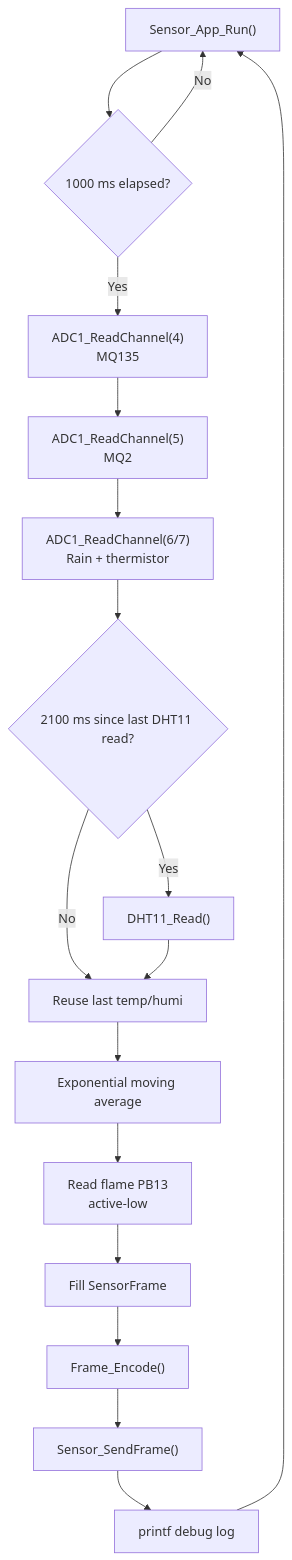
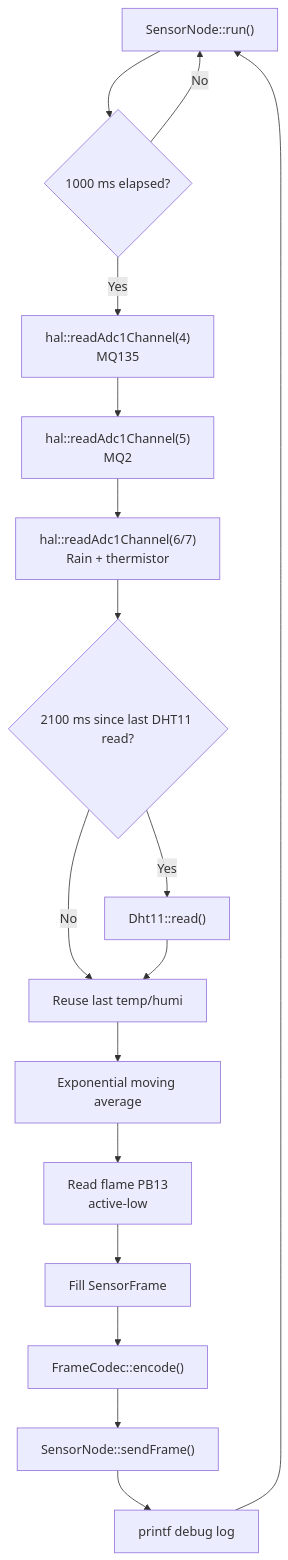
The fourth of 13 diagrams in docs/FUNCTION_DESIGN_WALKTHROUGH.en.md (Cusnd/dual-stm32-safety-monitor), drawn with Mermaid before and after one commit. The commit also changed other lines of this file and 78 other files, not shown here.

````diff
--- a/docs/FUNCTION_DESIGN_WALKTHROUGH.en.md
+++ b/docs/FUNCTION_DESIGN_WALKTHROUGH.en.md
@@ -95,19 +95,19 @@
 ```mermaid
 flowchart TD
-  L["Sensor_App_Run()"] --> T{"1000 ms elapsed?"}
+  L["SensorNode::run()"] --> T{"1000 ms elapsed?"}
   T -->|"No"| L
-  T -->|"Yes"| A["ADC1_ReadChannel(4)\nMQ135"]
-  A --> B["ADC1_ReadChannel(5)\nMQ2"]
-  B --> B2["ADC1_ReadChannel(6/7)\nRain + thermistor"]
+  T -->|"Yes"| A["hal::readAdc1Channel(4)\nMQ135"]
+  A --> B["hal::readAdc1Channel(5)\nMQ2"]
+  B --> B2["hal::readAdc1Channel(6/7)\nRain + thermistor"]
   B2 --> C{"2100 ms since last DHT11 read?"}
-  C -->|"Yes"| C1["DHT11_Read()"]
+  C -->|"Yes"| C1["Dht11::read()"]
   C -->|"No"| D["Reuse last temp/humi"]
   C1 --> D
   D --> E["Exponential moving average"]
   E --> F["Read flame PB13\nactive-low"]
   F --> G["Fill SensorFrame"]
-  G --> H["Frame_Encode()"]
-  H --> I["Sensor_SendFrame()"]
+  G --> H["FrameCodec::encode()"]
+  H --> I["SensorNode::sendFrame()"]
   I --> J["printf debug log"]
   J --> L
 ```
````
